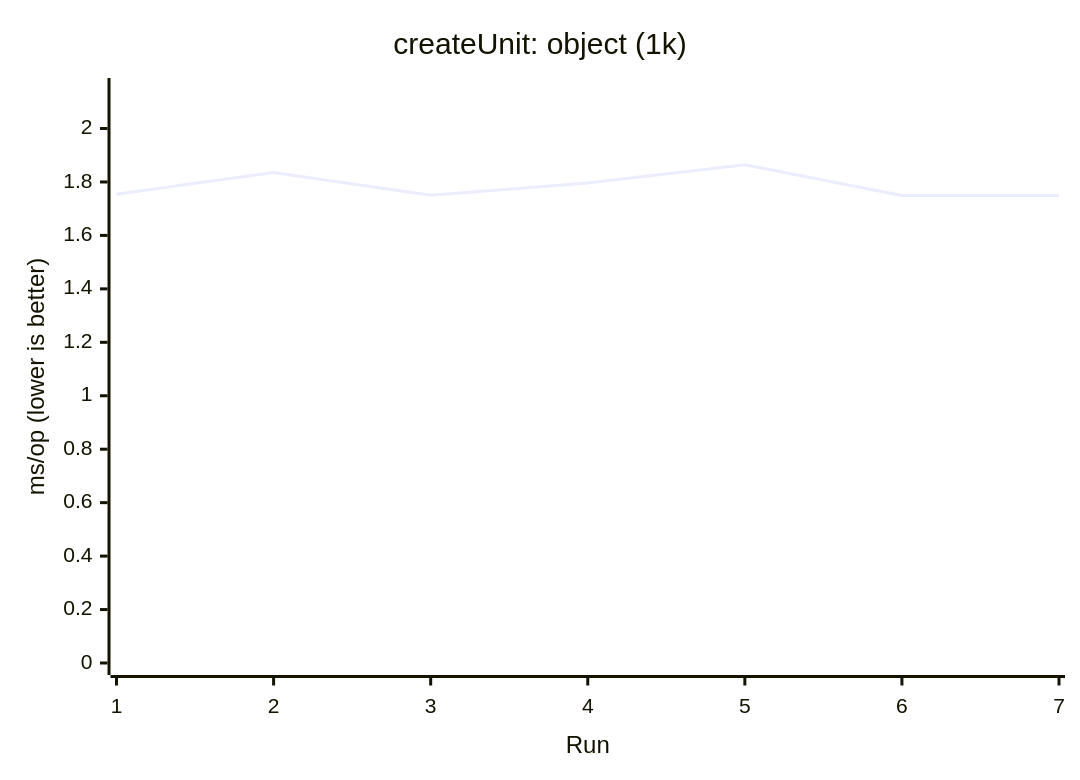
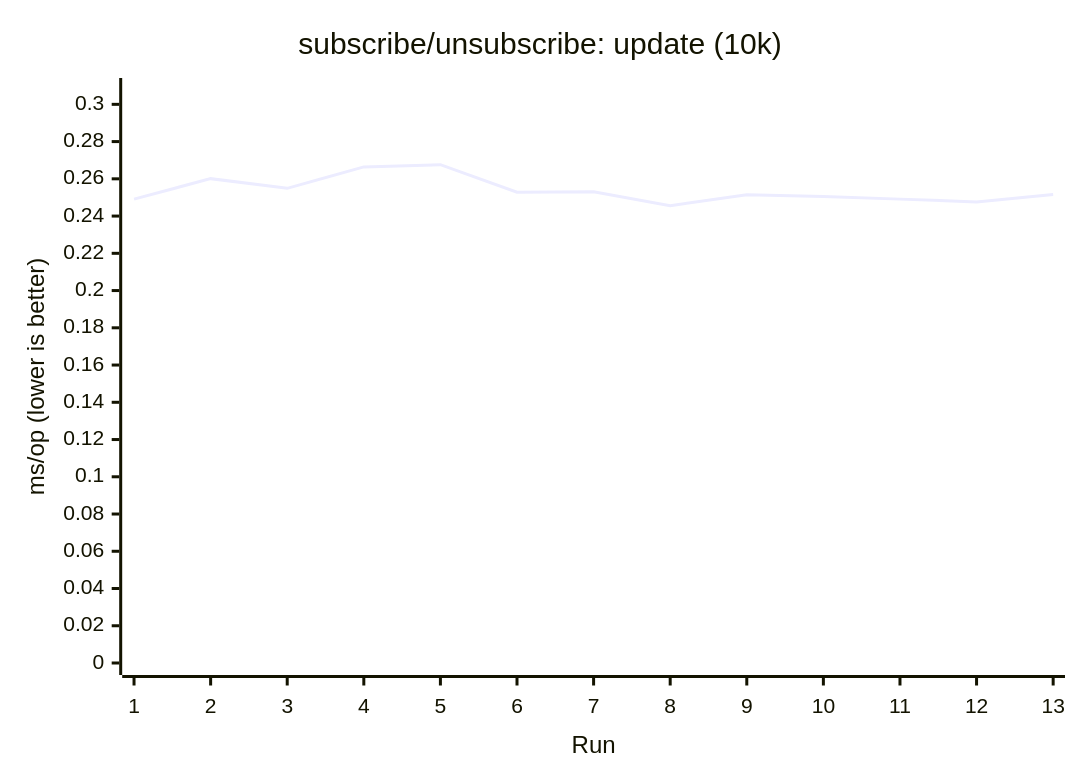
Before and after one commit to AIluffy/io: diagram 13 of 17 in apps/docs/src/content/docs/en/guides/benchmark.mdx, drawn with Mermaid. The commit also changed other lines of this file and 11 other files, not shown here.

````diff
--- a/apps/docs/src/content/docs/en/guides/benchmark.mdx
+++ b/apps/docs/src/content/docs/en/guides/benchmark.mdx
@@ -268,7 +355,7 @@
 ```mermaid
 xychart-beta
-  title "createUnit: object (1k)"
-  x-axis "Run" [1, 2, 3, 4, 5, 6, 7]
-  y-axis "ms/op (lower is better)" 0 --> 2.1441
-  line [1.7544, 1.8351, 1.7504, 1.7963, 1.8644, 1.7495, 1.7498]
+  title "subscribe/unsubscribe: update (10k)"
+  x-axis "Run" [1, 2, 3, 4, 5, 6, 7, 8, 9, 10, 11, 12, 13]
+  y-axis "ms/op (lower is better)" 0 --> 0.3077
+  line [0.2491, 0.2601, 0.2549, 0.2664, 0.2676, 0.2528, 0.2531, 0.2456, 0.2515, 0.2505, 0.2491, 0.2476, 0.2516]
 ```
````
